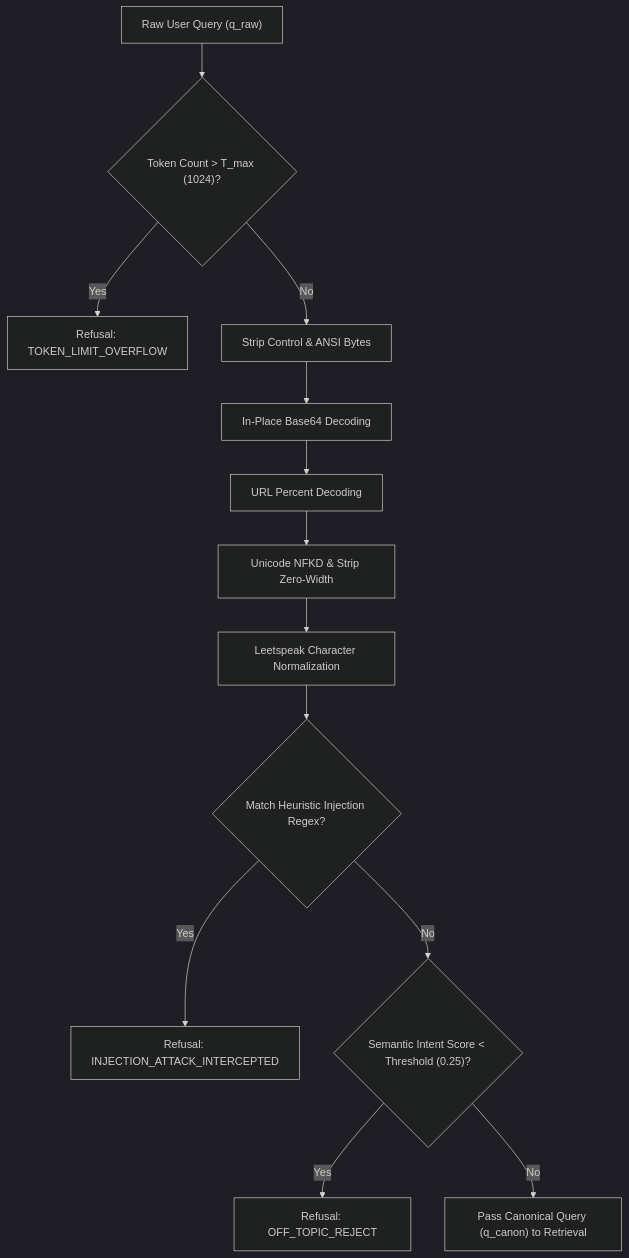
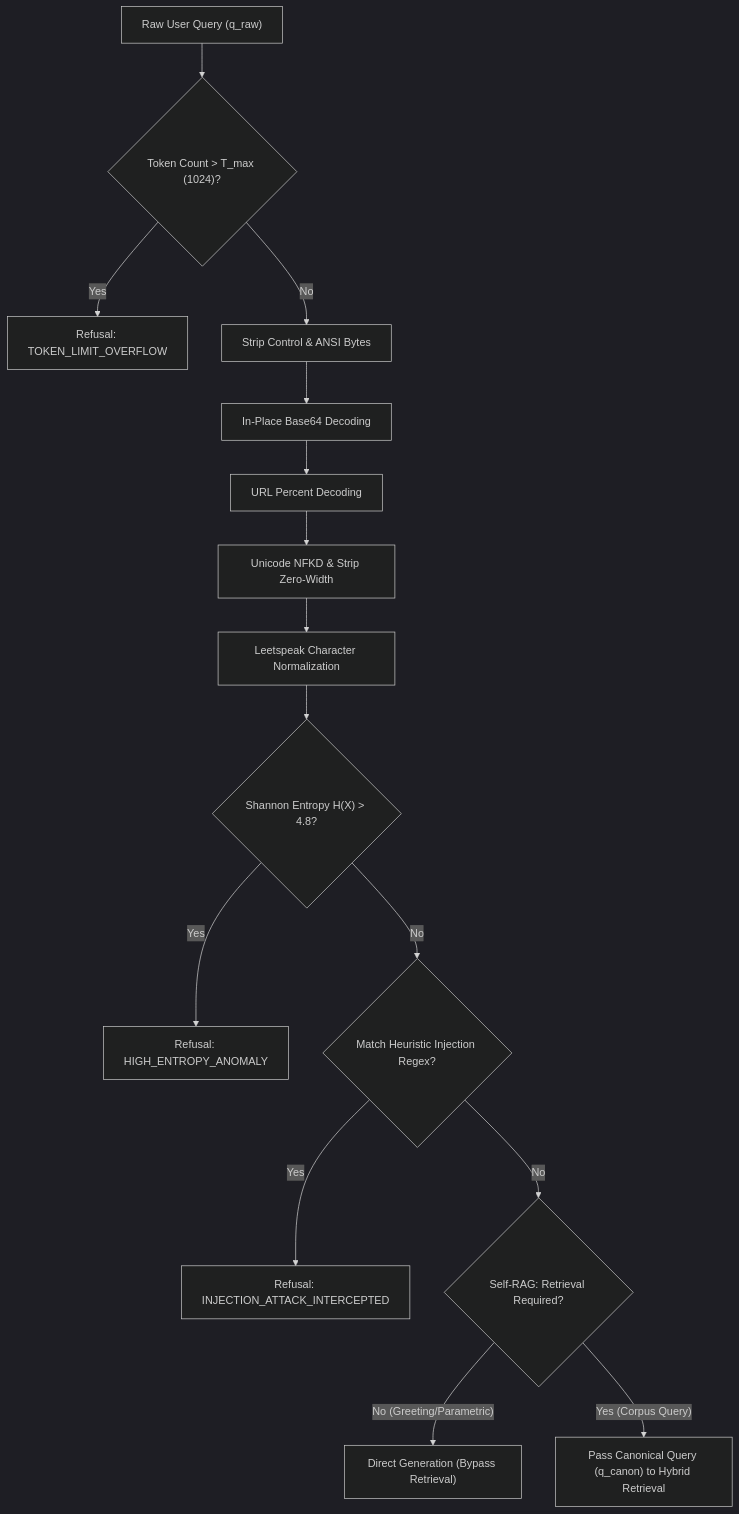
The first of 4 diagrams in notes/report/algorithm.md (uehera/RAGnarok), drawn with Mermaid (dark theme) before and after one commit. The commit also changed other lines of this file and 14 other files, not shown here.

Commit message:
docs: overhaul setup guide, architectural blueprints, research reports, and main README

````diff
--- a/notes/report/algorithm.md
+++ b/notes/report/algorithm.md
@@ -17,15 +17,17 @@
 ```mermaid
 flowchart TD
     A["Raw User Query (q_raw)"] --> B{"Token Count > T_max (1024)?"}
     B -- "Yes" --> R1["Refusal: TOKEN_LIMIT_OVERFLOW"]
     B -- "No" --> C["Strip Control & ANSI Bytes"]
     C --> D["In-Place Base64 Decoding"]
     D --> E["URL Percent Decoding"]
     E --> F["Unicode NFKD & Strip Zero-Width"]
     F --> G["Leetspeak Character Normalization"]
-    G --> H{"Match Heuristic Injection Regex?"}
-    H -- "Yes" --> R2["Refusal: INJECTION_ATTACK_INTERCEPTED"]
-    H -- "No" --> I{"Semantic Intent Score < Threshold (0.25)?"}
-    I -- "Yes" --> R3["Refusal: OFF_TOPIC_REJECT"]
-    I -- "No" --> J["Pass Canonical Query (q_canon) to Retrieval"]
+    G --> H{"Shannon Entropy H(X) > 4.8?"}
+    H -- "Yes" --> R2["Refusal: HIGH_ENTROPY_ANOMALY"]
+    H -- "No" --> I{"Match Heuristic Injection Regex?"}
+    I -- "Yes" --> R3["Refusal: INJECTION_ATTACK_INTERCEPTED"]
+    I -- "No" --> J{"Self-RAG: Retrieval Required?"}
+    J -- "No (Greeting/Parametric)" --> K["Direct Generation (Bypass Retrieval)"]
+    J -- "Yes (Corpus Query)" --> L["Pass Canonical Query (q_canon) to Hybrid Retrieval"]
 ```
````
